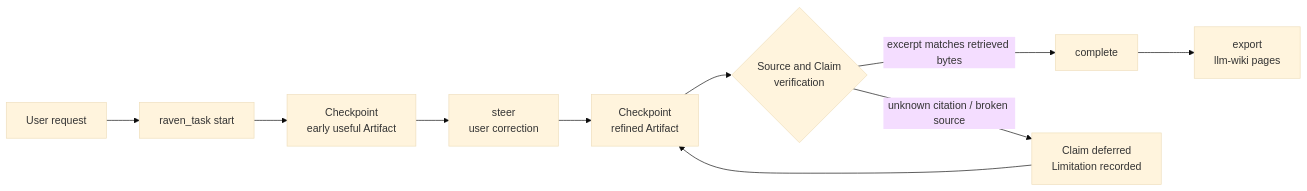
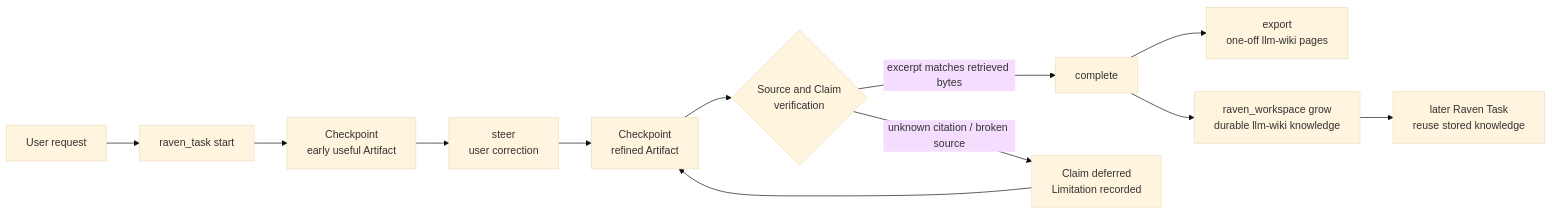
Before and after one commit to wxxb789/dsh-raven-research: the diagram in README.md, drawn with Mermaid (base theme). The commit also changed other lines of this file and 22 other files, not shown here.

Commit message:
feat: add durable Raven Workspace

````diff
--- a/README.md
+++ b/README.md
@@ -517,12 +555,14 @@
 ```mermaid
 flowchart LR
   U[User request] --> S["raven_task start"]
   S --> C1["Checkpoint<br/>early useful Artifact"]
   C1 --> ST["steer<br/>user correction"]
   ST --> C2["Checkpoint<br/>refined Artifact"]
   C2 --> V{"Source and Claim<br/>verification"}
   V -- "excerpt matches retrieved bytes" --> D["complete"]
   V -- "unknown citation / broken source" --> L["Claim deferred<br/>Limitation recorded"]
   L --> C2
-  D --> E["export<br/>llm-wiki pages"]
+  D --> E["export<br/>one-off llm-wiki pages"]
+  D --> W["raven_workspace grow<br/>durable llm-wiki knowledge"]
+  W --> S2["later Raven Task<br/>reuse stored knowledge"]
 ```
````
